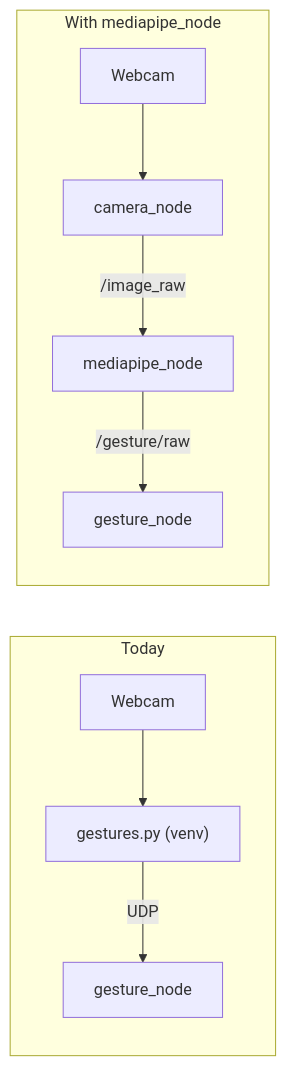
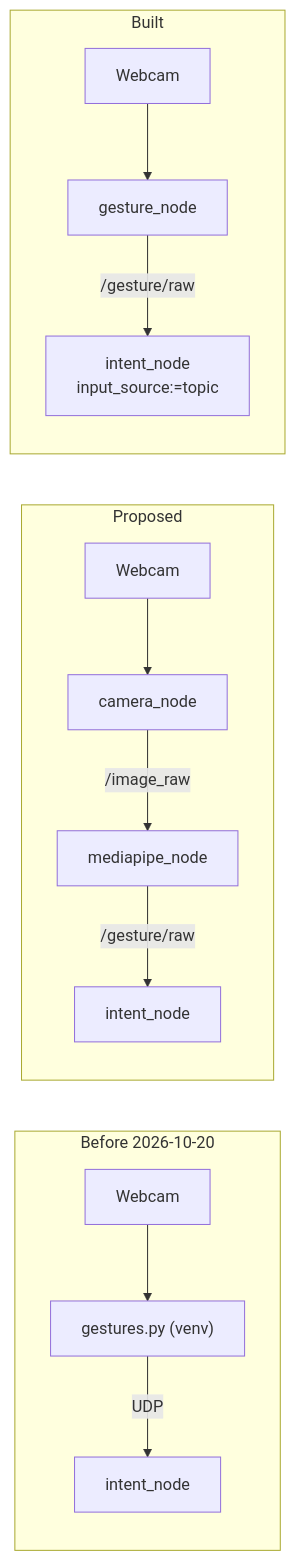
The second of 2 diagrams in docs/PraticalPlan/06 Gestures/05 Future Nodes.md (SEAME-pt/SEA-ME_Team1_ROSRangers), drawn with Mermaid before and after one commit. The commit also changed other lines of this file and 16 other files, not shown here.

````diff
--- a/docs/PraticalPlan/06 Gestures/05 Future Nodes.md
+++ b/docs/PraticalPlan/06 Gestures/05 Future Nodes.md
@@ -55,9 +57,12 @@
 ```mermaid
 flowchart LR
-  subgraph today[Today]
-    W1[Webcam] --> G1["gestures.py (venv)"] -->|UDP| N1[gesture_node]
+  subgraph before[Before 2026-10-20]
+    W1[Webcam] --> G1["gestures.py (venv)"] -->|UDP| N1[intent_node]
   end
-  subgraph future[With mediapipe_node]
-    W2[Webcam] --> C2[camera_node] -->|/image_raw| M2[mediapipe_node] -->|/gesture/raw| N2[gesture_node]
+  subgraph proposed[Proposed]
+    W2[Webcam] --> C2[camera_node] -->|/image_raw| M2[mediapipe_node] -->|/gesture/raw| N2[intent_node]
+  end
+  subgraph built[Built]
+    W3[Webcam] --> M3[gesture_node] -->|/gesture/raw| N3["intent_node<br/>input_source:=topic"]
   end
 ```
````
